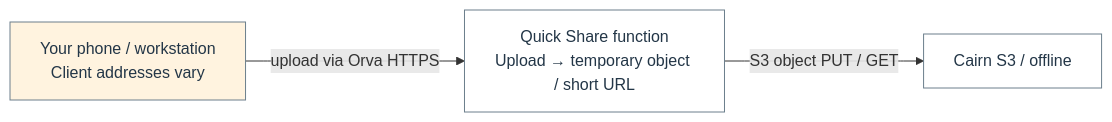
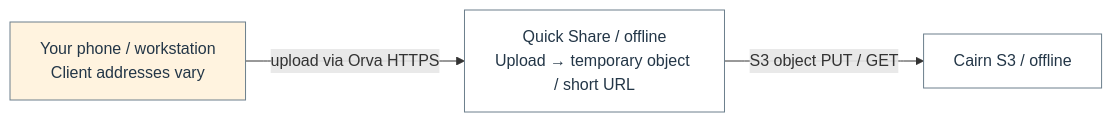
The sixth of 22 diagrams in docs/architecture/homelab-mermaid.md (Harsh-2002/Homelab), drawn with Mermaid before and after one commit. The commit also changed other lines of this file and 38 other files, not shown here.

````diff
--- a/docs/architecture/homelab-mermaid.md
+++ b/docs/architecture/homelab-mermaid.md
@@ -362,12 +362,12 @@
 ```mermaid
 flowchart LR
   n_flow_4_0["Your phone / workstation<br/>Client addresses vary"]
-  n_flow_4_1["Quick Share function<br/>Upload → temporary object / short URL"]
+  n_flow_4_1["Quick Share / offline<br/>Upload → temporary object / short URL"]
   n_flow_4_2["Cairn S3 / offline"]
   n_flow_4_0 -->|"upload via Orva HTTPS"| n_flow_4_1
   n_flow_4_1 -->|"S3 object PUT / GET"| n_flow_4_2
   classDef c_flow_4_0 fill:#fff3df,stroke:#6c7f8c,color:#233647;
   class n_flow_4_0 c_flow_4_0;
   classDef c_flow_4_1 fill:#ffffff,stroke:#6c7f8c,color:#233647;
   class n_flow_4_1,n_flow_4_2 c_flow_4_1;
 ```
````
